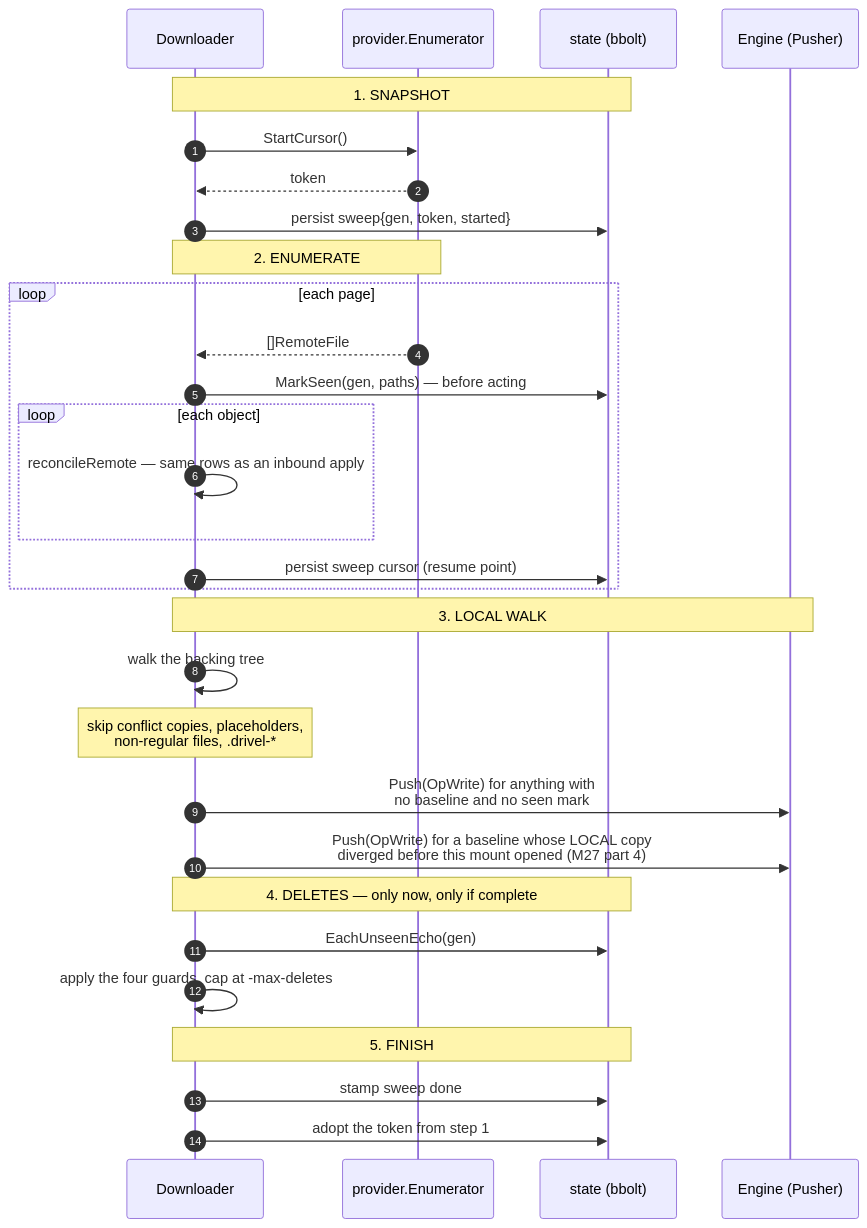
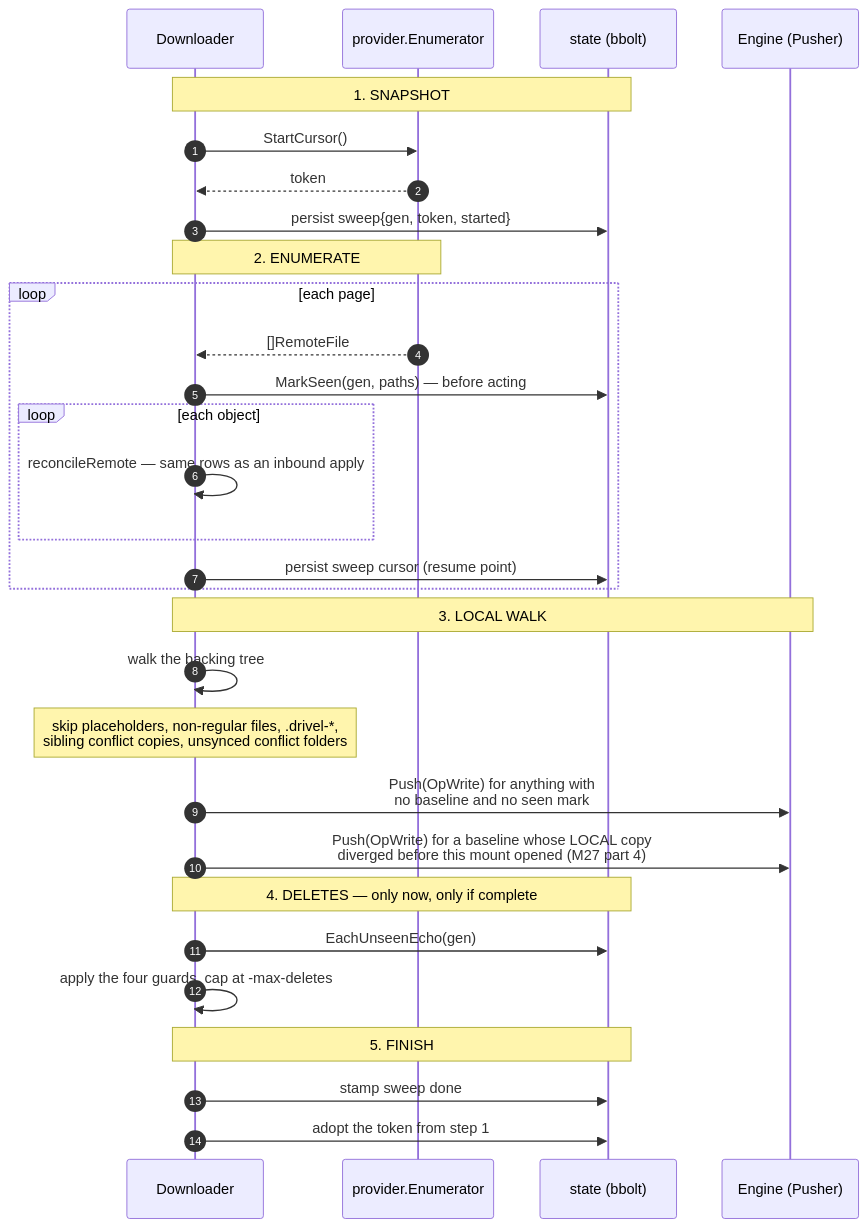
The fourth of 9 diagrams in docs/dev/workflows.md (syshlted/drivel), drawn with Mermaid before and after one commit. The commit also changed other lines of this file and 40 other files, not shown here.

````diff
--- a/docs/dev/workflows.md
+++ b/docs/dev/workflows.md
@@ -180,37 +180,37 @@
 ```mermaid
 sequenceDiagram
     autonumber
     participant dl as Downloader
     participant st as provider.Enumerator
     participant state as state (bbolt)
     participant eng as Engine (Pusher)
 
     Note over dl,state: 1. SNAPSHOT
     dl->>st: StartCursor()
     st-->>dl: token
     dl->>state: persist sweep{gen, token, started}
 
     Note over dl,st: 2. ENUMERATE
     loop each page
         st-->>dl: []RemoteFile
         dl->>state: MarkSeen(gen, paths) — before acting
         loop each object
             dl->>dl: reconcileRemote — same rows as an inbound apply
         end
         dl->>state: persist sweep cursor (resume point)
     end
 
     Note over dl,eng: 3. LOCAL WALK
     dl->>dl: walk the backing tree
-    Note over dl: skip conflict copies, placeholders,<br/>non-regular files, .drivel-*
+    Note over dl: skip placeholders, non-regular files, .drivel-*,<br/>sibling conflict copies, unsynced conflict folders
     dl->>eng: Push(OpWrite) for anything with<br/>no baseline and no seen mark
     dl->>eng: Push(OpWrite) for a baseline whose LOCAL copy<br/>diverged before this mount opened (M27 part 4)
 
     Note over dl,state: 4. DELETES — only now, only if complete
     dl->>state: EachUnseenEcho(gen)
     dl->>dl: apply the four guards, cap at -max-deletes
 
     Note over dl,state: 5. FINISH
     dl->>state: stamp sweep done
     dl->>state: adopt the token from step 1
 ```
````
